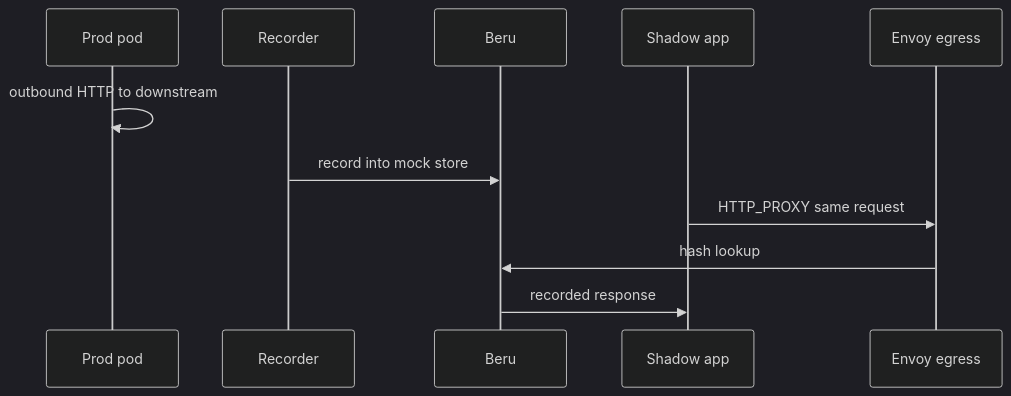
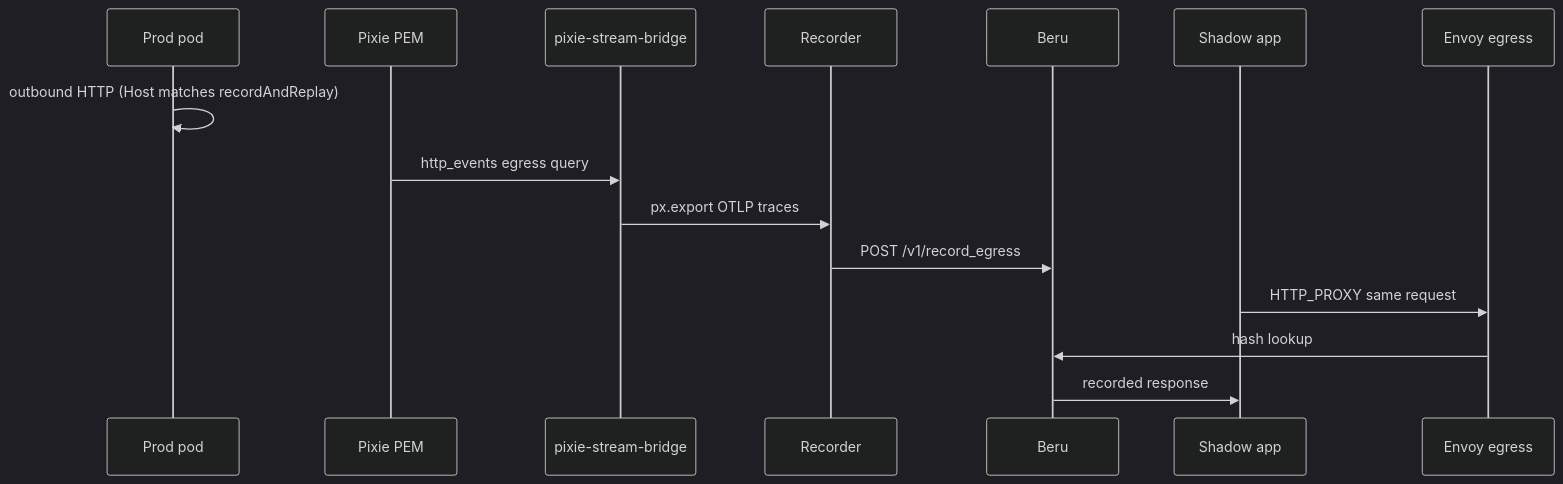
Before and after one commit to nederrgo/shadow-diff: the fifth of 5 diagrams in docs/architecture/ARCHITECTURE.md, drawn with Mermaid (dark theme). The commit also changed other lines of this file and 5 other files, not shown here.

````diff
--- a/docs/architecture/ARCHITECTURE.md
+++ b/docs/architecture/ARCHITECTURE.md
@@ -315,14 +329,18 @@
 ```mermaid
 sequenceDiagram
   participant P as Prod pod
+  participant Pix as Pixie PEM
+  participant Br as pixie-stream-bridge
   participant R as Recorder
   participant B as Beru
   participant Sh as Shadow app
   participant E as Envoy egress
 
-  P->>P: outbound HTTP to downstream
-  R->>B: record into mock store
+  P->>P: outbound HTTP (Host matches recordAndReplay)
+  Pix->>Br: http_events egress query
+  Br->>R: px.export OTLP traces
+  R->>B: POST /v1/record_egress
   Sh->>E: HTTP_PROXY same request
   E->>B: hash lookup
   B->>Sh: recorded response
 ```
````
